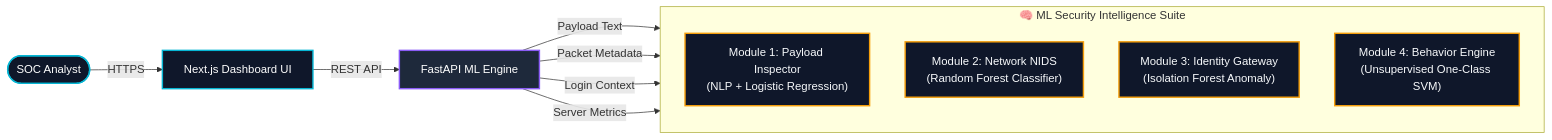
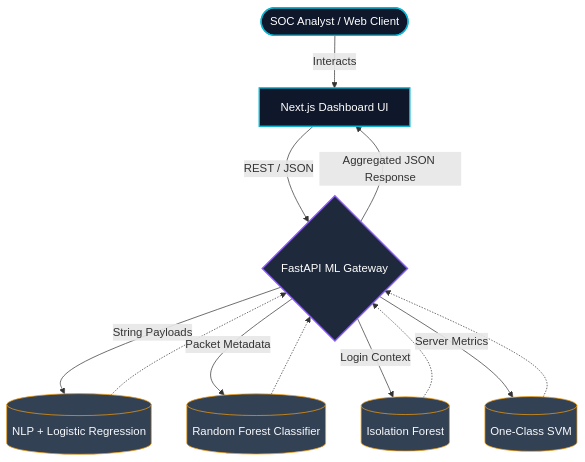
One commit to YashwanthReddyPuli/AegisZero changed the diagram in README.md. Above: the diagram before and after it, drawn with Mermaid.

````diff
--- a/README.md
+++ b/README.md
@@ -24,22 +24,34 @@
 ```mermaid
-flowchart LR
+graph TD
+    %% Styling defining the dark/cyber aesthetic natively
     classDef frontend fill:#0f172a,stroke:#06b6d4,stroke-width:2px,color:#fff;
     classDef backend fill:#1e293b,stroke:#8b5cf6,stroke-width:2px,color:#fff;
-    classDef model fill:#0f172a,stroke:#f59e0b,stroke-width:2px,color:#f8fafc;
+    classDef model fill:#334155,stroke:#f59e0b,stroke-width:1px,color:#f8fafc;
 
-    Client([SOC Analyst]):::frontend -->|HTTPS| UI[Next.js Dashboard UI]:::frontend
-    UI -->|REST API| Gateway[FastAPI ML Engine]:::backend
+    %% Nodes
+    Client([SOC Analyst / Web Client]):::frontend
+    UI[Next.js Dashboard UI]:::frontend
+    Gateway{FastAPI ML Gateway}:::backend
+    
+    %% Models
+    M1[(NLP + Logistic Regression)]:::model
+    M2[(Random Forest Classifier)]:::model
+    M3[(Isolation Forest)]:::model
+    M4[(One-Class SVM)]:::model
 
-    subgraph Intelligence ["🧠 ML Security Intelligence Suite"]
-        direction TB
-        M1["Module 1: Payload Inspector<br/>(NLP + Logistic Regression)"]:::model
-        M2["Module 2: Network NIDS<br/>(Random Forest Classifier)"]:::model
-        M3["Module 3: Identity Gateway<br/>(Isolation Forest Anomaly)"]:::model
-        M4["Module 4: Behavior Engine<br/>(Unsupervised One-Class SVM)"]:::model
-    end
-
-    Gateway -->|Payload Text| M1
+    %% Data flow
+    Client -->|Interacts| UI
+    UI -->|REST / JSON| Gateway
+    
+    Gateway -->|String Payloads| M1
     Gateway -->|Packet Metadata| M2
     Gateway -->|Login Context| M3
     Gateway -->|Server Metrics| M4
+    
+    M1 -.-> Gateway
+    M2 -.-> Gateway
+    M3 -.-> Gateway
+    M4 -.-> Gateway
+    
+    Gateway -->|Aggregated JSON Response| UI
 ```
````
